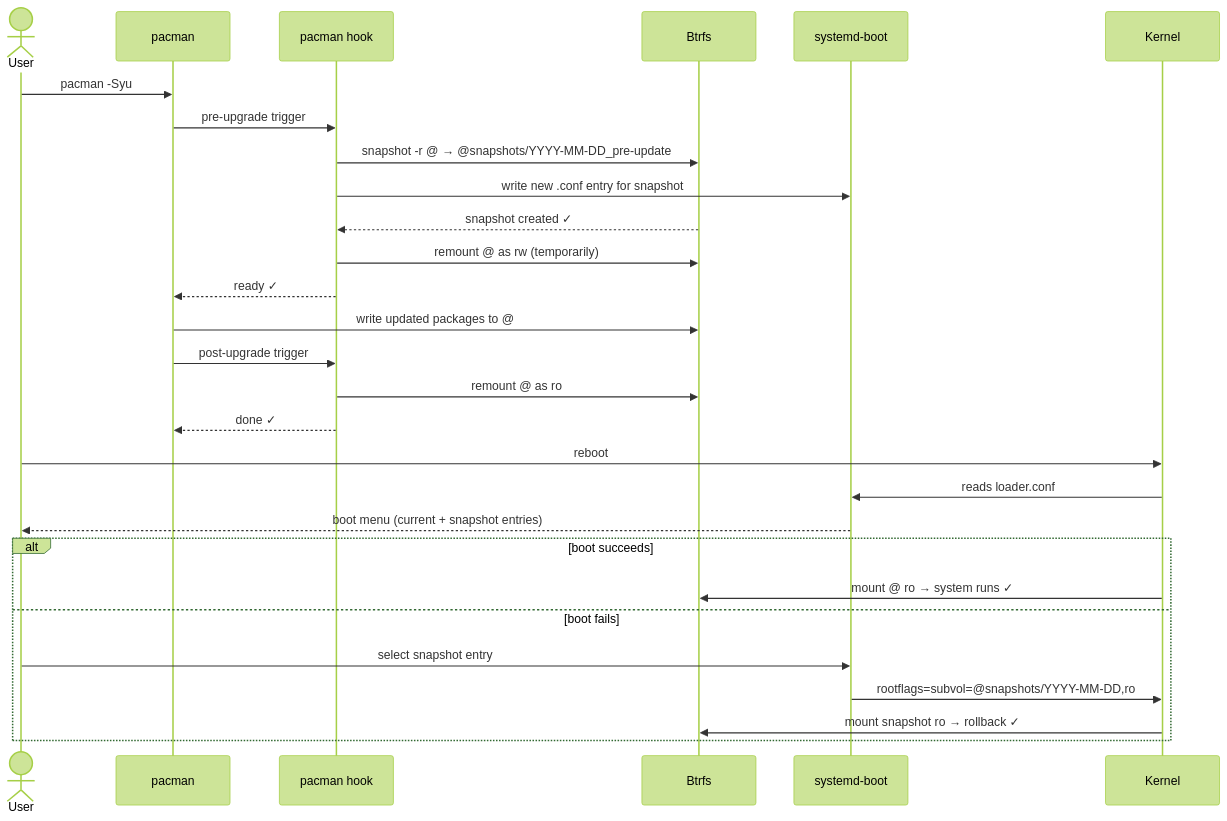
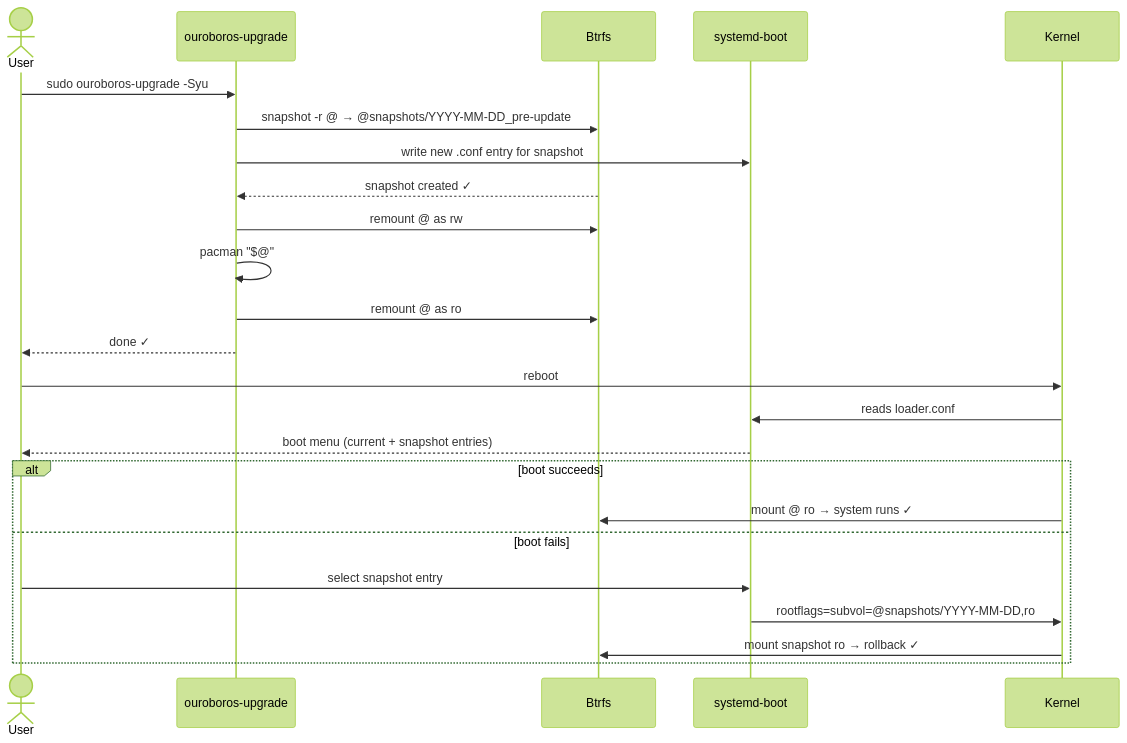
Before and after one commit to Arkh-Ur/ouroborOS: the third of 3 diagrams in docs/architecture/immutability-strategy.md, drawn with Mermaid (forest theme). The commit also changed other lines of this file and 9 other files, not shown here.

````diff
--- a/docs/architecture/immutability-strategy.md
+++ b/docs/architecture/immutability-strategy.md
@@ -102,34 +113,30 @@
 ```mermaid
 sequenceDiagram
     actor User
-    participant pacman
-    participant Hook as pacman hook
+    participant Upgrade as ouroboros-upgrade
     participant Btrfs
     participant Boot as systemd-boot
     participant Kernel
 
-    User->>pacman: pacman -Syu
-    pacman->>Hook: pre-upgrade trigger
-    Hook->>Btrfs: snapshot -r @ → @snapshots/YYYY-MM-DD_pre-update
-    Hook->>Boot: write new .conf entry for snapshot
-    Btrfs-->>Hook: snapshot created ✓
-    Hook->>Btrfs: remount @ as rw (temporarily)
-    Hook-->>pacman: ready ✓
+    User->>Upgrade: sudo ouroboros-upgrade -Syu
+    Upgrade->>Btrfs: snapshot -r @ → @snapshots/YYYY-MM-DD_pre-update
+    Upgrade->>Boot: write new .conf entry for snapshot
+    Btrfs-->>Upgrade: snapshot created ✓
 
-    pacman->>Btrfs: write updated packages to @
-    pacman->>Hook: post-upgrade trigger
-    Hook->>Btrfs: remount @ as ro
-    Hook-->>pacman: done ✓
+    Upgrade->>Btrfs: remount @ as rw
+    Upgrade->>Upgrade: pacman "$@"
+    Upgrade->>Btrfs: remount @ as ro
+    Upgrade-->>User: done ✓
 
     User->>Kernel: reboot
     Kernel->>Boot: reads loader.conf
     Boot-->>User: boot menu (current + snapshot entries)
 
     alt boot succeeds
         Kernel->>Btrfs: mount @ ro → system runs ✓
     else boot fails
         User->>Boot: select snapshot entry
         Boot->>Kernel: rootflags=subvol=@snapshots/YYYY-MM-DD,ro
         Kernel->>Btrfs: mount snapshot ro → rollback ✓
     end
 ```
````
